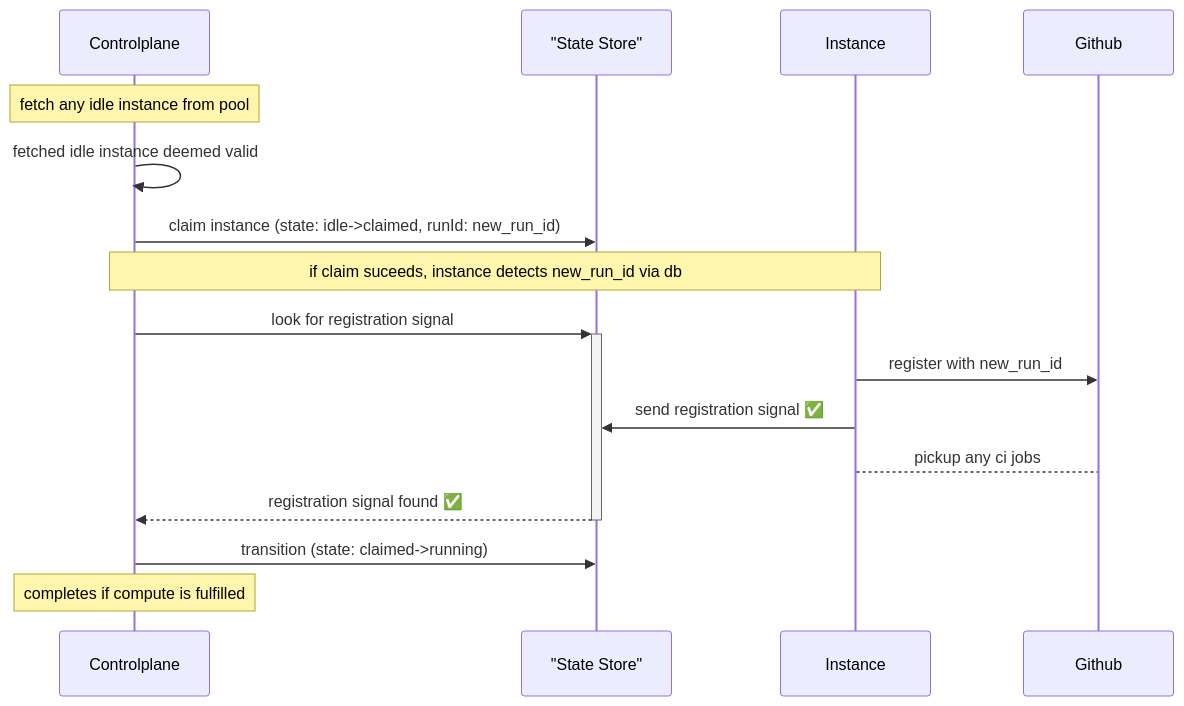
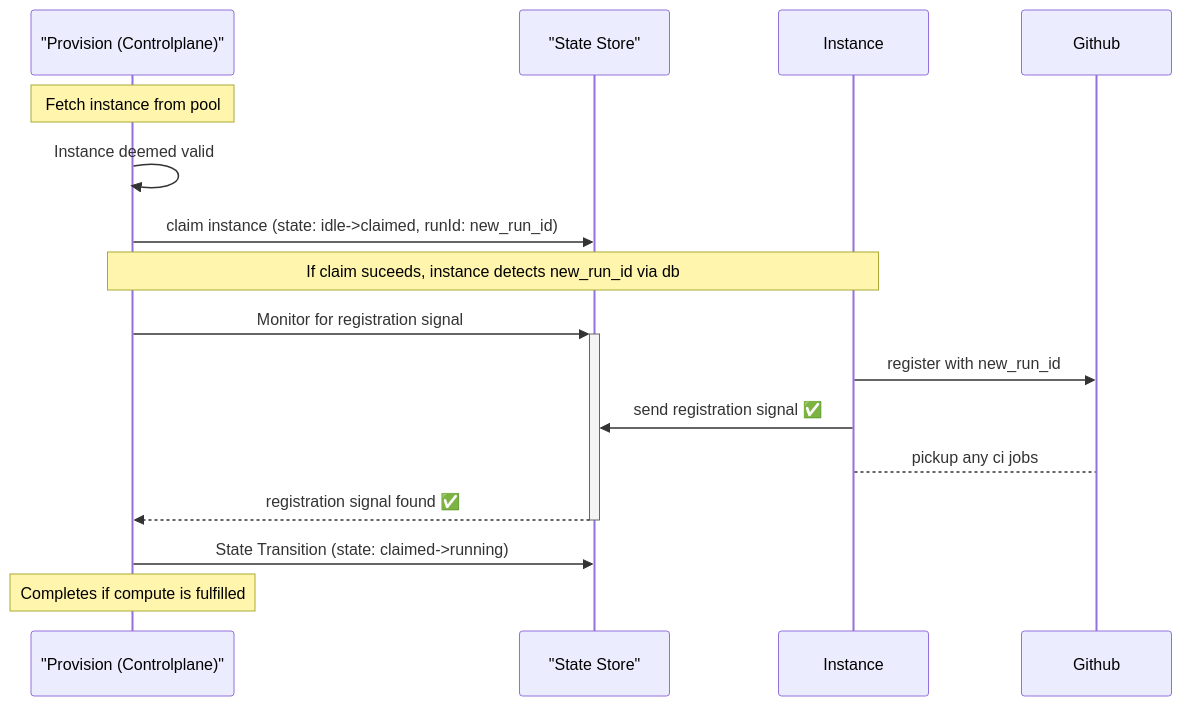
Before and after one commit to fleet-actions/ec2-runner-pool-manager: the third of 5 diagrams in docs/architecture/overview.md, drawn with Mermaid. The commit also changed other lines of this file, not shown here.

Commit message:
docs(architecture): update overview and diagrams for clarity

````diff
--- a/docs/architecture/overview.md
+++ b/docs/architecture/overview.md
@@ -244,22 +244,22 @@
     ```mermaid
     sequenceDiagram
-        participant Controlplane
+        participant Controlplane as "Provision (Controlplane)"
         participant DynamoDB as "State Store"
         participant Instance
         participant Github
 
-        Note over Controlplane: fetch any idle instance from pool
-        Controlplane->>Controlplane: fetched idle instance deemed valid
+        Note over Controlplane: Fetch instance from pool
+        Controlplane->>Controlplane: Instance deemed valid
         
         Controlplane->>DynamoDB: claim instance (state: idle->claimed, runId: new_run_id)
-        Note over Controlplane, Instance: if claim suceeds, instance detects new_run_id via db
-        Controlplane->>+DynamoDB: look for registration signal
+        Note over Controlplane, Instance: If claim suceeds, instance detects new_run_id via db
+        Controlplane->>+DynamoDB: Monitor for registration signal
         
         Instance->>Github: register with new_run_id
         Instance->>DynamoDB: send registration signal ✅
         Instance-->Github: pickup any ci jobs
         DynamoDB-->>-Controlplane: registration signal found ✅
         
-        Controlplane->>DynamoDB: transition (state: claimed->running)
-        Note over Controlplane: completes if compute is fulfilled
+        Controlplane->>DynamoDB: State Transition (state: claimed->running)
+        Note over Controlplane: Completes if compute is fulfilled
     ```
````
